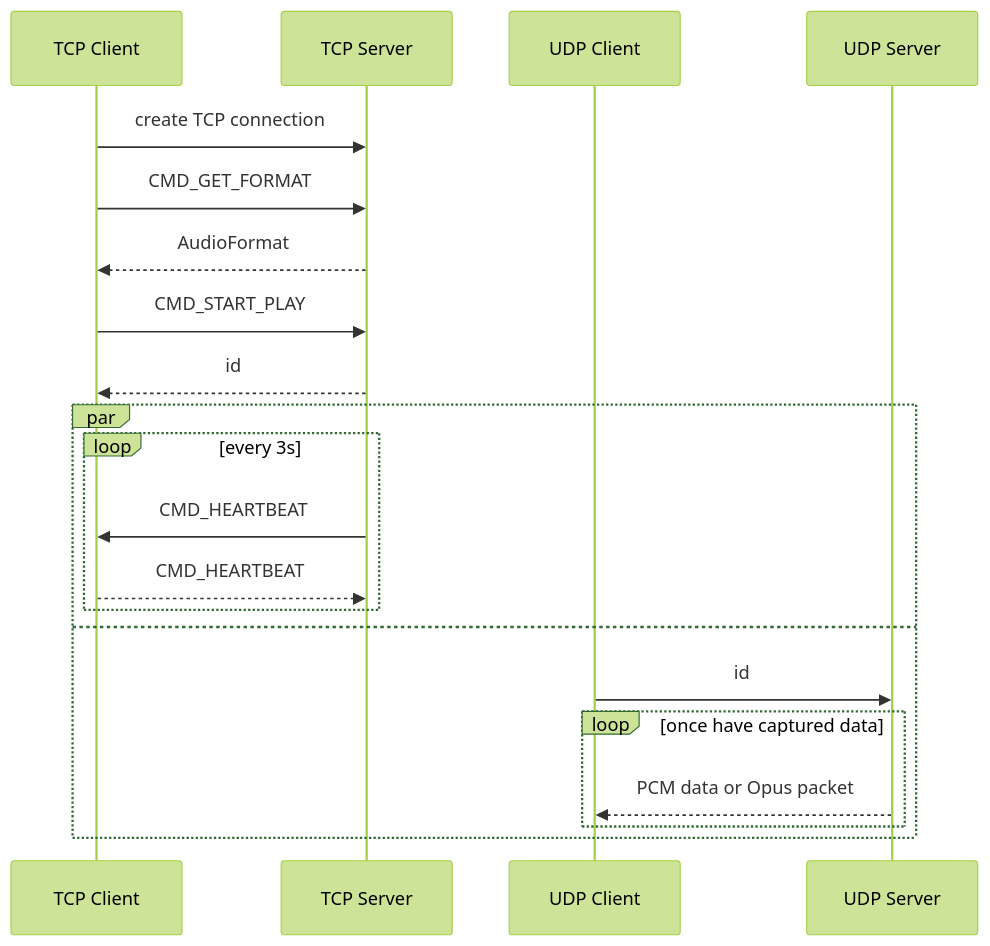
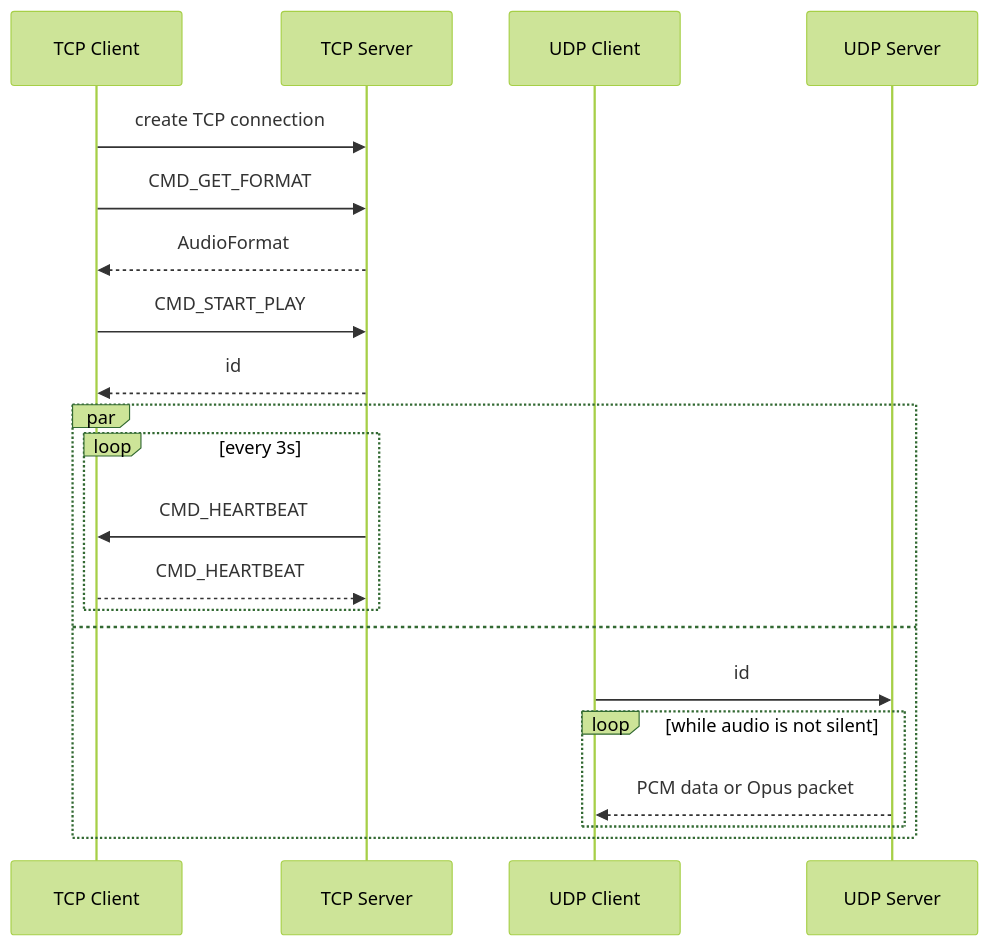
One commit to outusuke/audio-share changed the diagram in docs/protocol.md. Above: the diagram before and after it, drawn with Mermaid (forest theme). The commit also changed other lines of this file and 7 other files, not shown here.

````diff
--- a/docs/protocol.md
+++ b/docs/protocol.md
@@ -1,27 +1,27 @@
 ```mermaid
 sequenceDiagram
     participant TCP Client
     participant TCP Server
     participant UDP Client
     participant UDP Server
 
     TCP Client ->> TCP Server : create TCP connection
     
     TCP Client ->> TCP Server : CMD_GET_FORMAT
     TCP Server -->> TCP Client : AudioFormat
 
     TCP Client ->> TCP Server : CMD_START_PLAY
     TCP Server -->> TCP Client : id
     
     par
         loop every 3s
             TCP Server ->> TCP Client : CMD_HEARTBEAT
             TCP Client -->> TCP Server : CMD_HEARTBEAT
         end
     and
         UDP Client ->> UDP Server : id
-        loop once have captured data
+        loop while audio is not silent
             UDP Server -->> UDP Client : PCM data or Opus packet
         end
     end
 ```
````
